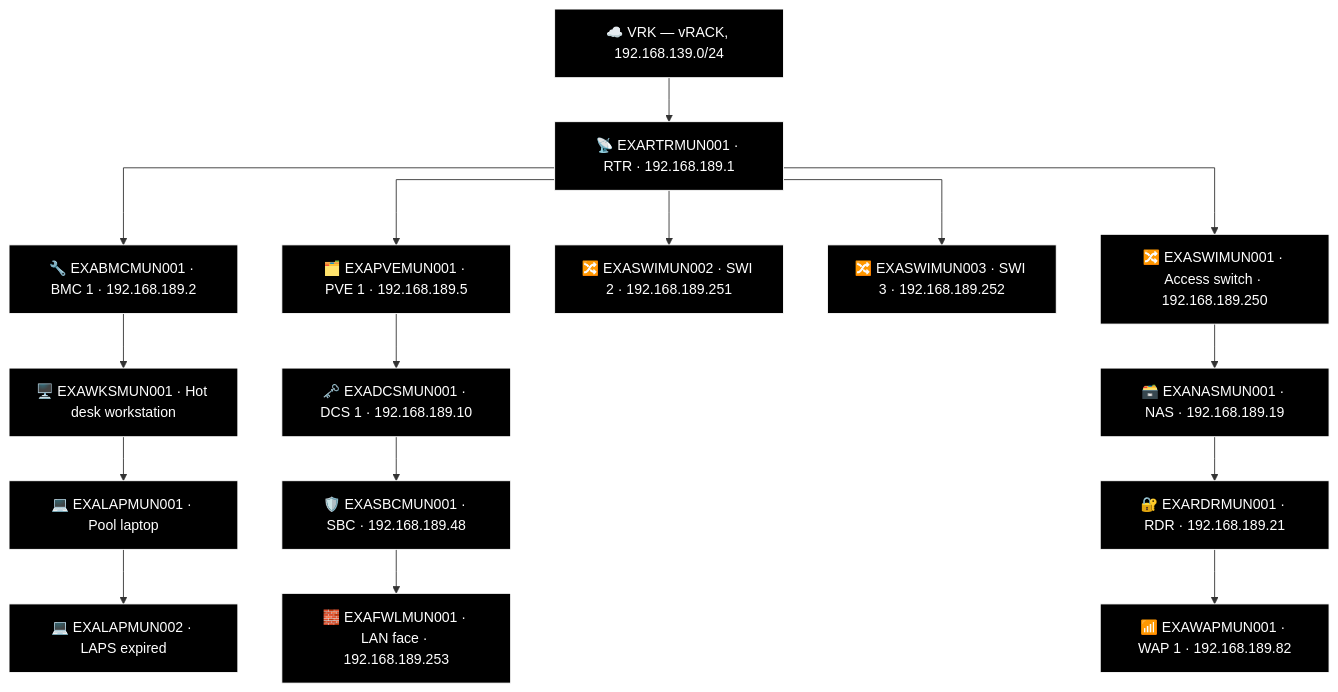
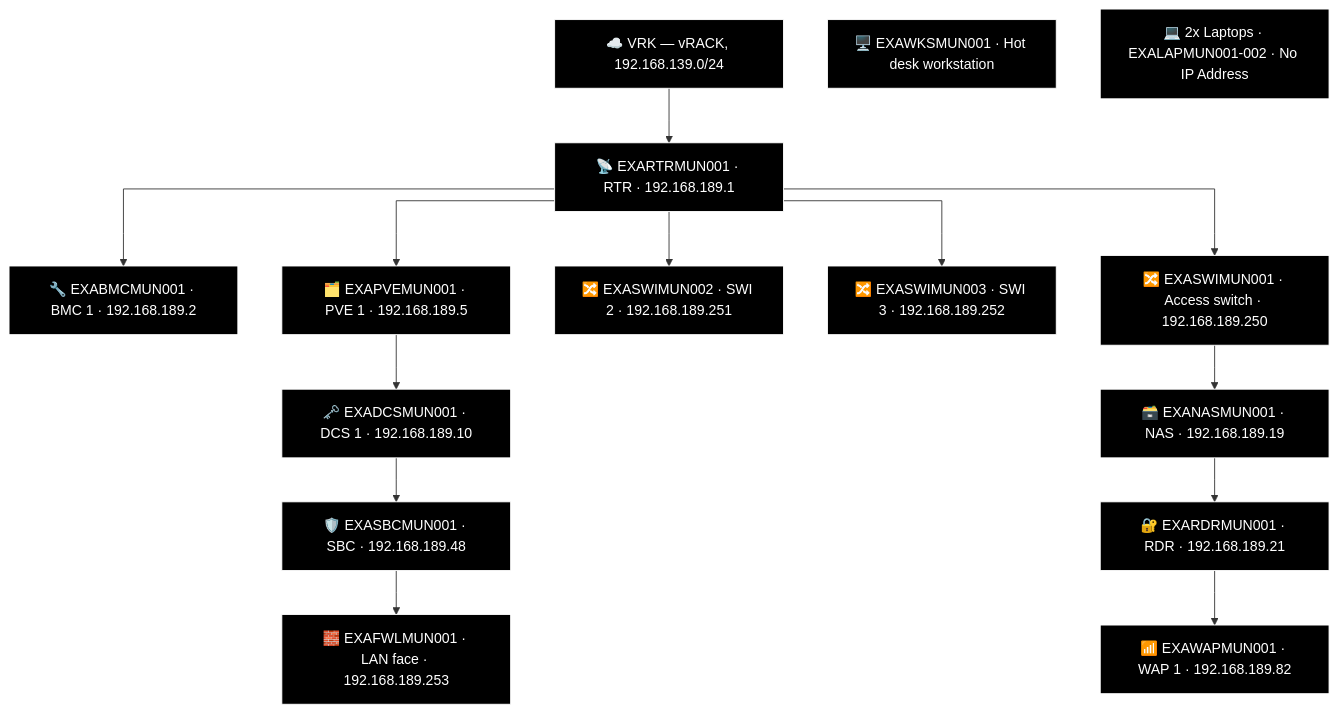
The sixth of 10 diagrams in docs/network-diagram/deutschland.md (knightmare2600/example_music_infra), drawn with Mermaid before and after one commit. The commit also changed other lines of this file and 8 other files, not shown here.

First line of the commit message:
generate_network_diagrams.py: port FAL's two-column "Other" bucket into the generator

````diff
--- a/docs/network-diagram/deutschland.md
+++ b/docs/network-diagram/deutschland.md
@@ -212,47 +221,44 @@
 ```mermaid
 %% GENERATED:TOPOLOGY:MUN:START
 %%{init: {'flowchart': {'curve': 'stepAfter'}}}%%
 graph TD
     T_VRK["☁️ VRK — vRACK, 192.168.139.0/24"]
     T_RTR["📡 EXARTRMUN001 · RTR · 192.168.189.1"]
     T_VRK --> T_RTR
     T_BMC["🔧 EXABMCMUN001 · BMC 1 · 192.168.189.2"]
     T_RTR --> T_BMC
     T_PVE["🗂️ EXAPVEMUN001 · PVE 1 · 192.168.189.5"]
     T_RTR --> T_PVE
     T_SWI["🔀 EXASWIMUN002 · SWI 2 · 192.168.189.251"]
     T_RTR --> T_SWI
     T_SWI2["🔀 EXASWIMUN003 · SWI 3 · 192.168.189.252"]
     T_RTR --> T_SWI2
     T_SWI3["🔀 EXASWIMUN001 · Access switch · 192.168.189.250"]
     T_RTR --> T_SWI3
     T_NAS["🗃️ EXANASMUN001 · NAS · 192.168.189.19"]
     T_RDR["🔐 EXARDRMUN001 · RDR · 192.168.189.21"]
     T_WAP["📶 EXAWAPMUN001 · WAP 1 · 192.168.189.82"]
     T_SWI3 --> T_NAS --> T_RDR --> T_WAP
     T_DCS["🗝️ EXADCSMUN001 · DCS 1 · 192.168.189.10"]
     T_SBC["🛡️ EXASBCMUN001 · SBC · 192.168.189.48"]
     T_FWL["🧱 EXAFWLMUN001 · LAN face · 192.168.189.253"]
     T_PVE --> T_DCS --> T_SBC --> T_FWL
     T_WKS["🖥️ EXAWKSMUN001 · Hot desk workstation"]
-    T_LAP["💻 EXALAPMUN001 · Pool laptop"]
-    T_LAP2["💻 EXALAPMUN002 · LAPS expired"]
-    T_BMC --> T_WKS --> T_LAP --> T_LAP2
+    T_OTH_LAP["💻 2x Laptops · EXALAPMUN001-002 · No IP Address"]
     style T_VRK fill:#000000,stroke:#FFFFFF,color:#FFFFFF
     style T_RTR fill:#000000,stroke:#FFFFFF,color:#FFFFFF
     style T_BMC fill:#000000,stroke:#FFFFFF,color:#FFFFFF
     style T_PVE fill:#000000,stroke:#FFFFFF,color:#FFFFFF
     style T_SWI fill:#000000,stroke:#FFFFFF,color:#FFFFFF
     style T_SWI2 fill:#000000,stroke:#FFFFFF,color:#FFFFFF
     style T_SWI3 fill:#000000,stroke:#FFFFFF,color:#FFFFFF
     style T_NAS fill:#000000,stroke:#FFFFFF,color:#FFFFFF
     style T_RDR fill:#000000,stroke:#FFFFFF,color:#FFFFFF
     style T_WAP fill:#000000,stroke:#FFFFFF,color:#FFFFFF
     style T_DCS fill:#000000,stroke:#FFFFFF,color:#FFFFFF
     style T_SBC fill:#000000,stroke:#FFFFFF,color:#FFFFFF
     style T_FWL fill:#000000,stroke:#FFFFFF,color:#FFFFFF
     style T_WKS fill:#000000,stroke:#FFFFFF,color:#FFFFFF
-    style T_LAP fill:#000000,stroke:#FFFFFF,color:#FFFFFF
-    style T_LAP2 fill:#000000,stroke:#FFFFFF,color:#FFFFFF
+    style T_OTH_LAP fill:#000000,stroke:#FFFFFF,color:#FFFFFF
 %% GENERATED:TOPOLOGY:MUN:END
 ```
````
